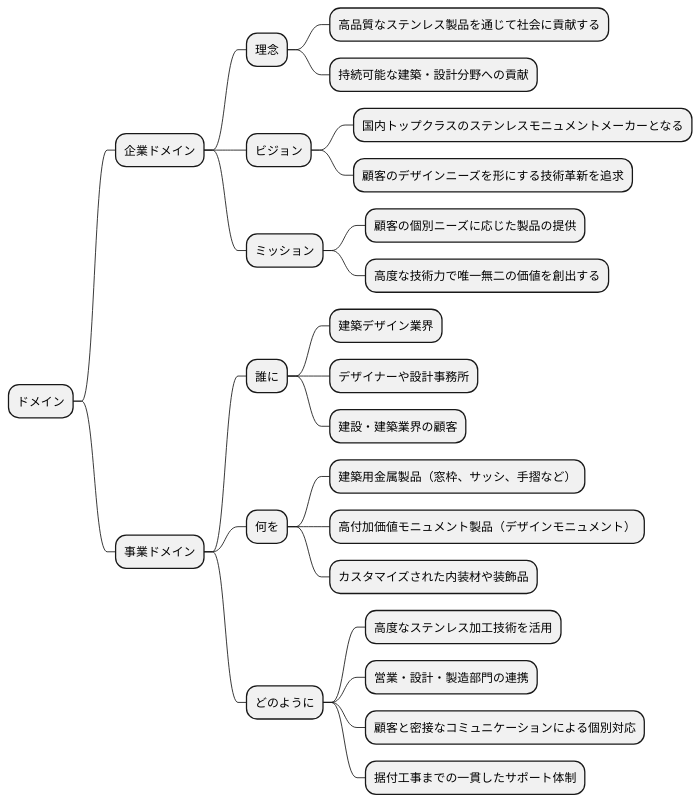
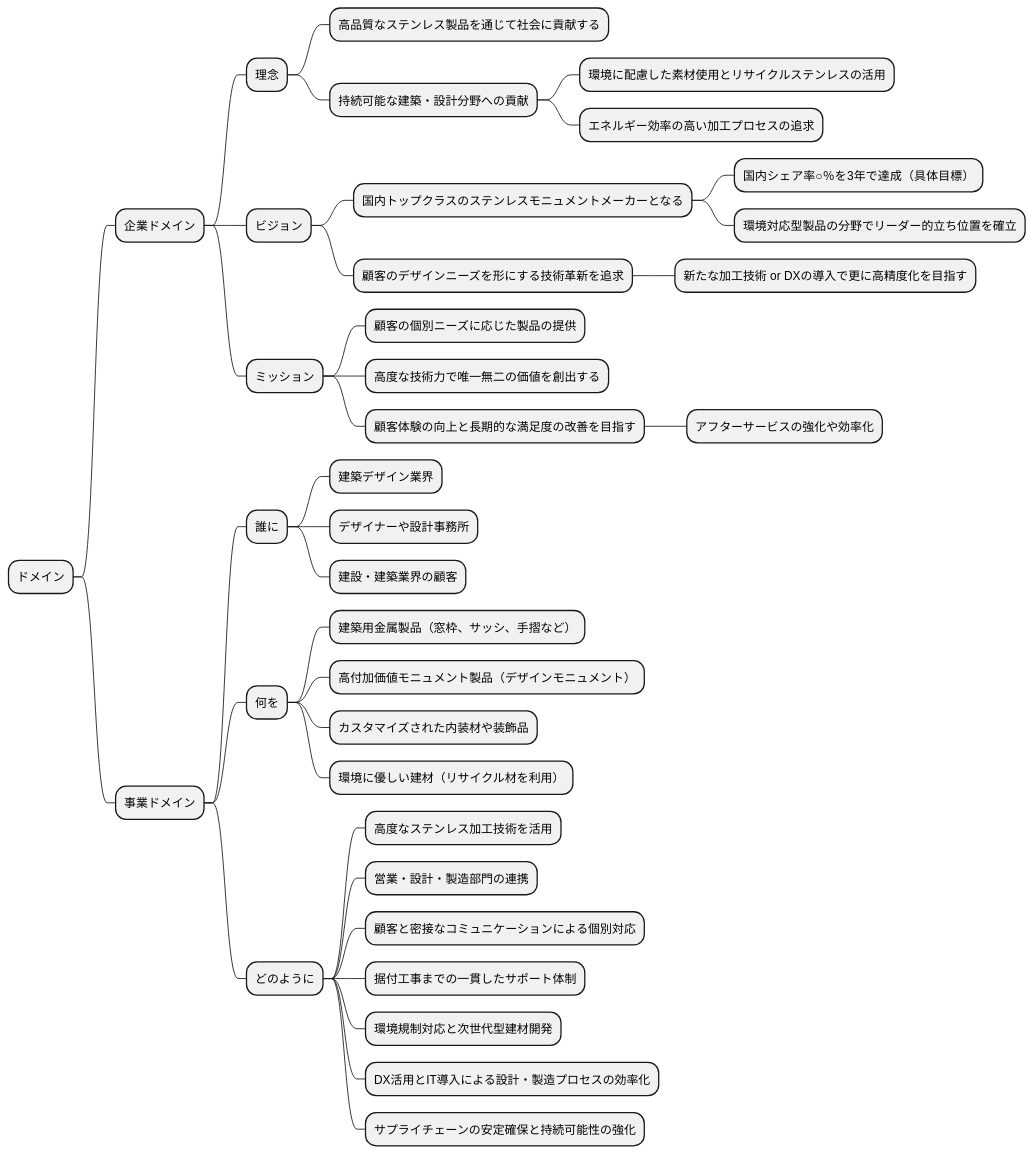
Before and after one commit to k2works/case-study-business-analysis: the fifth of 19 diagrams in docs/case/r02_case_3.adoc, drawn with PlantUML. The commit also changed other lines of this file, not shown here.

```diff
--- a/docs/case/r02_case_3.adoc
+++ b/docs/case/r02_case_3.adoc
@@ -201,32 +216,43 @@
 [plantuml]
 ----
 @startmindmap
 
 * ドメイン
 ** 企業ドメイン
 *** 理念
 **** 高品質なステンレス製品を通じて社会に貢献する
 **** 持続可能な建築・設計分野への貢献
+***** 環境に配慮した素材使用とリサイクルステンレスの活用
+***** エネルギー効率の高い加工プロセスの追求
 *** ビジョン
 **** 国内トップクラスのステンレスモニュメントメーカーとなる
+***** 国内シェア率○％を3年で達成（具体目標）
+***** 環境対応型製品の分野でリーダー的立ち位置を確立
 **** 顧客のデザインニーズを形にする技術革新を追求
+***** 新たな加工技術 or DXの導入で更に高精度化を目指す
 *** ミッション
 **** 顧客の個別ニーズに応じた製品の提供
 **** 高度な技術力で唯一無二の価値を創出する
+**** 顧客体験の向上と長期的な満足度の改善を目指す
+***** アフターサービスの強化や効率化
 ** 事業ドメイン
 *** 誰に
 **** 建築デザイン業界
 **** デザイナーや設計事務所
 **** 建設・建築業界の顧客
 *** 何を
 **** 建築用金属製品（窓枠、サッシ、手摺など）
 **** 高付加価値モニュメント製品（デザインモニュメント）
 **** カスタマイズされた内装材や装飾品
+**** 環境に優しい建材（リサイクル材を利用）
 *** どのように
 **** 高度なステンレス加工技術を活用
 **** 営業・設計・製造部門の連携
 **** 顧客と密接なコミュニケーションによる個別対応
 **** 据付工事までの一貫したサポート体制
+**** 環境規制対応と次世代型建材開発
+**** DX活用とIT導入による設計・製造プロセスの効率化
+**** サプライチェーンの安定確保と持続可能性の強化
 
 @endmindmap
 ----
```
